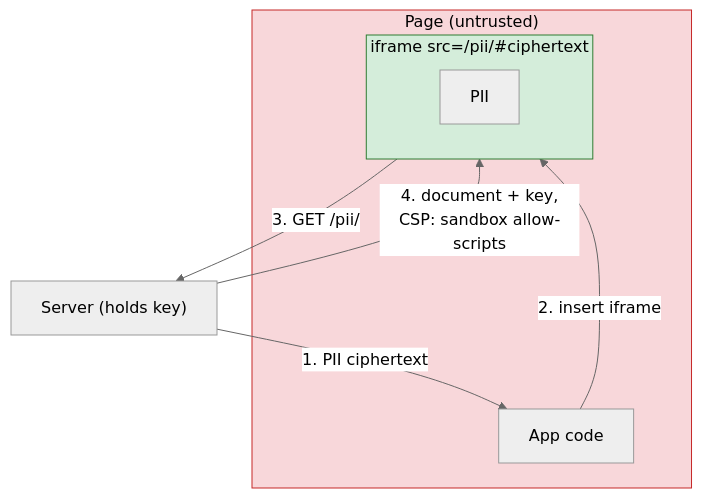
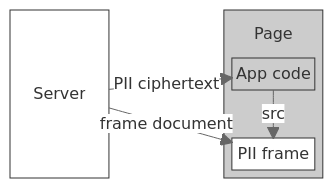
Before and after one commit to lawnsea/frontend-hardening: the third of 4 diagrams in packages/trusted-scopes/docs/design.md, drawn with Mermaid (neutral theme). The commit also changed other lines of this file, not shown here.

First line of the commit message:
Add hardening notes and block diagrams to the design

````diff
--- a/packages/trusted-scopes/docs/design.md
+++ b/packages/trusted-scopes/docs/design.md
@@ -52,18 +59,22 @@
 ```mermaid
-flowchart TB
-  server["Server (holds key)"]
-  subgraph page["Page (untrusted)"]
+block-beta
+  columns 3
+  server["Server"]
+  space
+  block:page
+    columns 1
+    pagelabel["Page"]
     app["App code"]
-    subgraph frame["iframe src=/pii/#ciphertext"]
-      pii["PII"]
-    end
+    space
+    frame["PII frame"]
   end
-  server -- "1. PII ciphertext" --> app
-  app -- "2. insert iframe" --> frame
-  frame -- "3. GET /pii/" --> server
-  server -- "4. document + key,<br>CSP: sandbox allow-scripts" --> frame
-  classDef trusted fill:#d4edda,stroke:#2e7d32,color:#000
-  classDef untrusted fill:#f8d7da,stroke:#c62828,color:#000
-  class page untrusted
-  class frame trusted
+  server -- "PII ciphertext" --> app
+  server -- "frame document" --> frame
+  app -- "src" --> frame
+  classDef trusted fill:#fff,stroke:#333,color:#000
+  classDef untrusted fill:#ccc,stroke:#333,color:#000
+  classDef label stroke-width:0,fill:none
+  class page,app untrusted
+  class server,frame trusted
+  class pagelabel label
 ```
````
